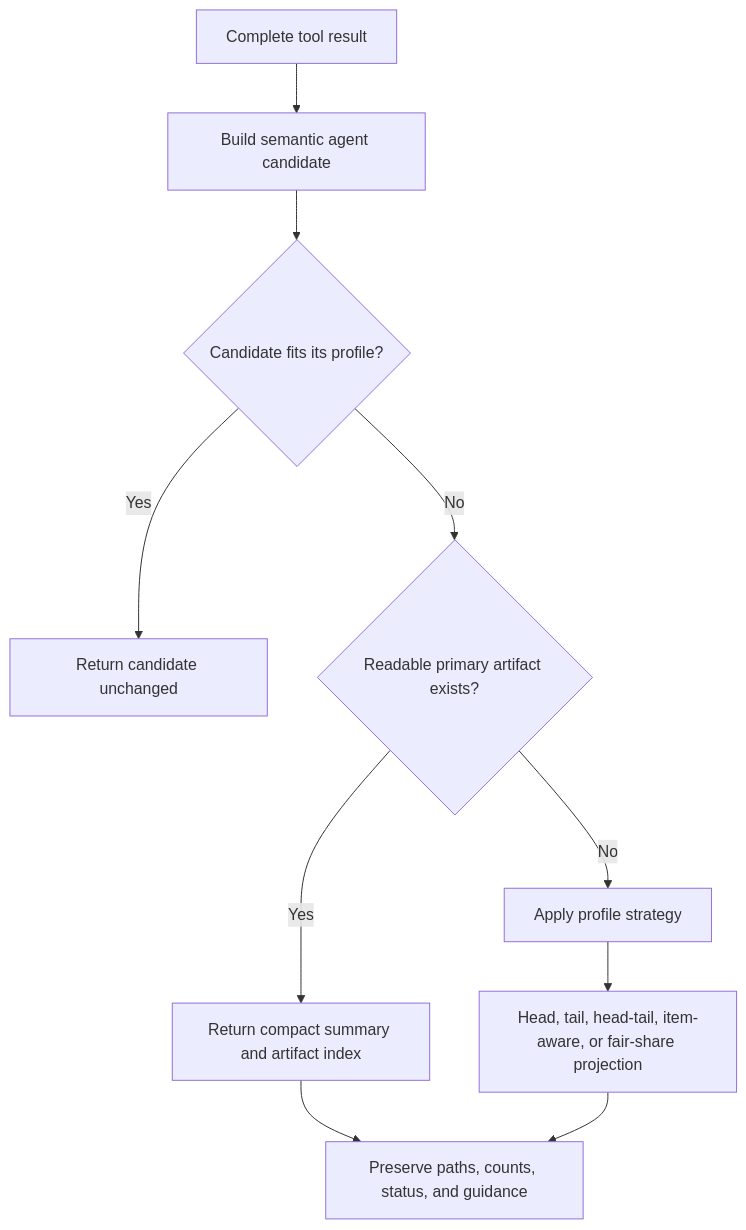
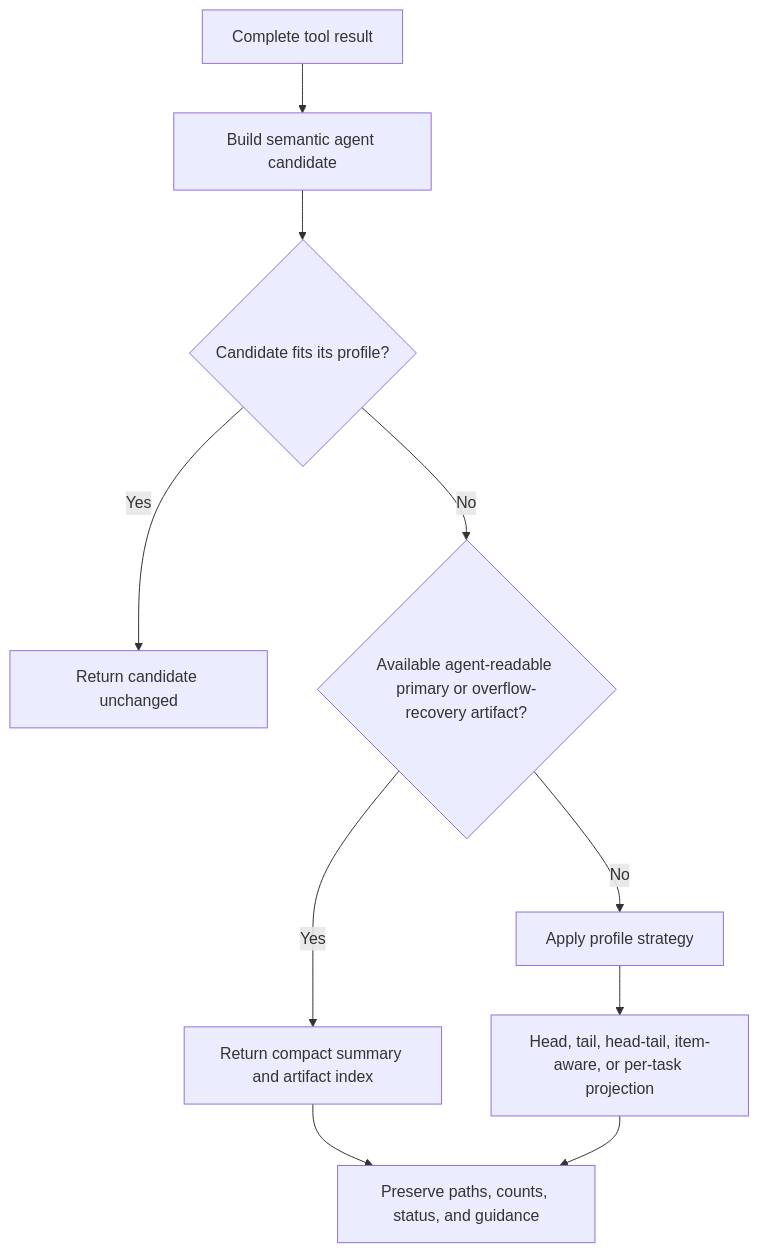
Before and after one commit to ThilinaTLM/nerve: the diagram in docs/tool-result-agent-preview-policy.md, drawn with Mermaid. The commit also changed other lines of this file and 82 other files, not shown here.

````diff
--- a/docs/tool-result-agent-preview-policy.md
+++ b/docs/tool-result-agent-preview-policy.md
@@ -44,12 +51,12 @@
 ```mermaid
 flowchart TD
     Complete[Complete tool result] --> Candidate[Build semantic agent candidate]
     Candidate --> Small{Candidate fits its profile?}
     Small -->|Yes| Inline[Return candidate unchanged]
-    Small -->|No| Primary{Readable primary artifact exists?}
+    Small -->|No| Primary{Available agent-readable primary or overflow-recovery artifact?}
     Primary -->|Yes| Index[Return compact summary and artifact index]
     Primary -->|No| Strategy[Apply profile strategy]
-    Strategy --> Bounded[Head, tail, head-tail, item-aware, or fair-share projection]
+    Strategy --> Bounded[Head, tail, head-tail, item-aware, or per-task projection]
     Index --> Notice[Preserve paths, counts, status, and guidance]
     Bounded --> Notice
 ```
````
